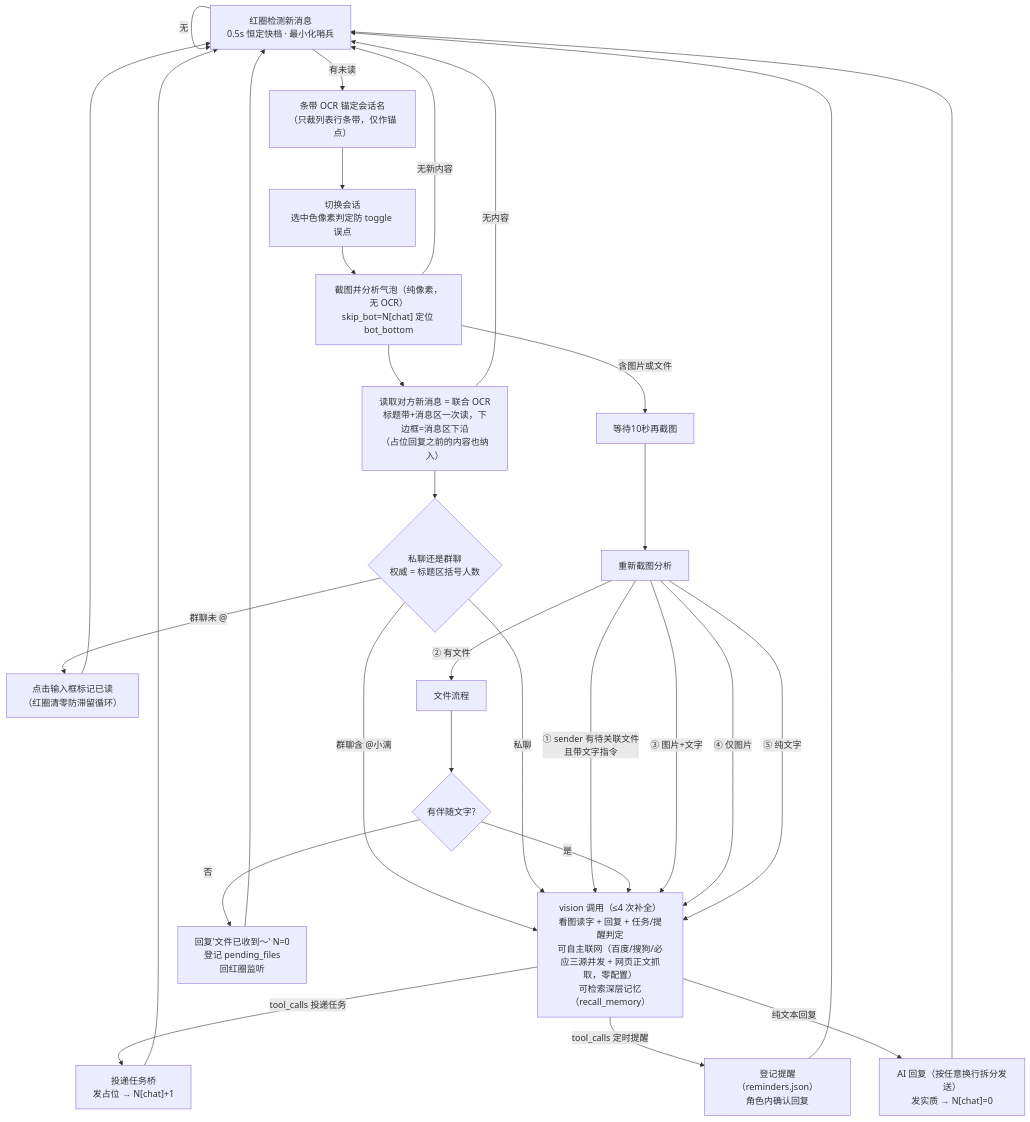
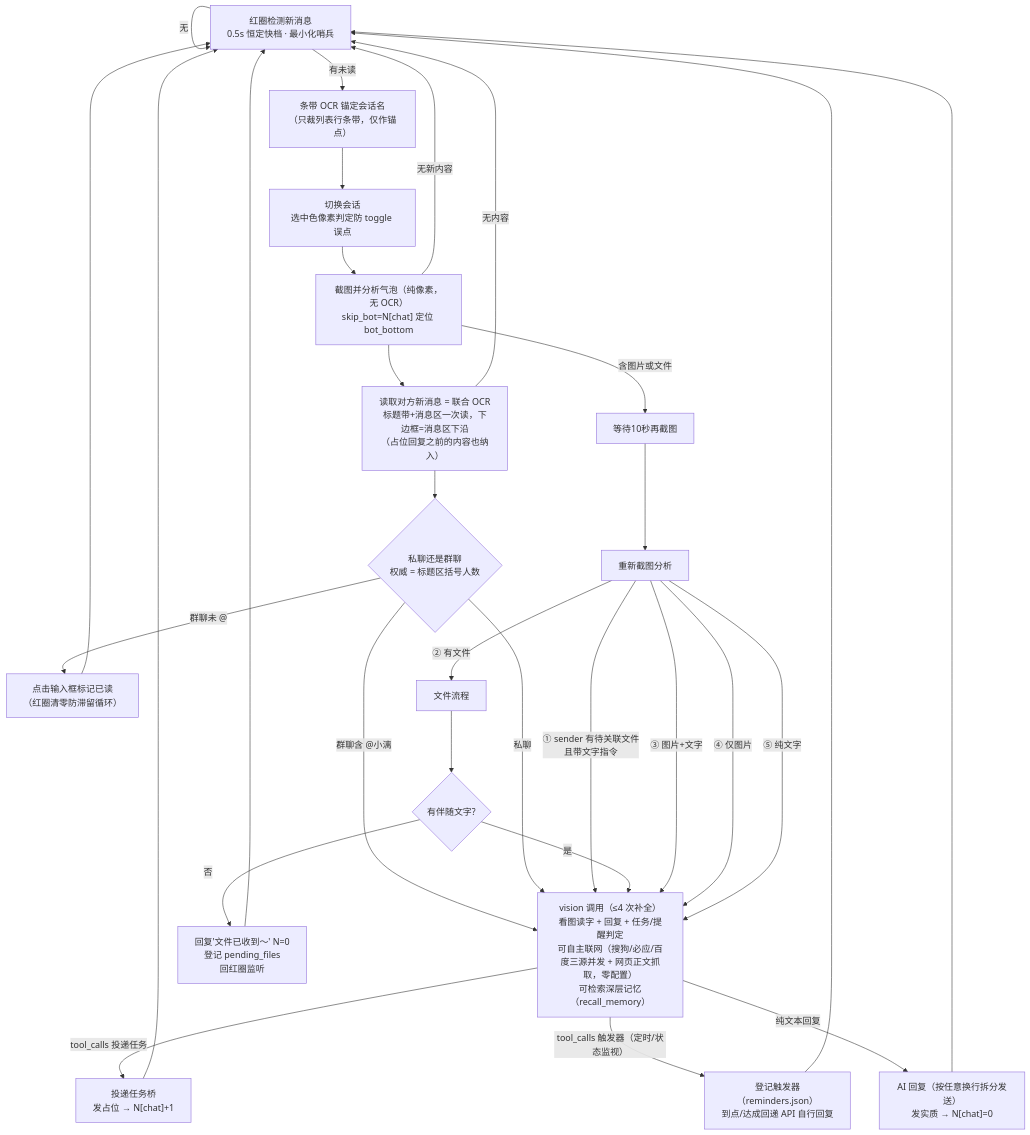
The diagram in README.md (wens6515/weixin-wechat-wxauto-ocr-xiaoli), drawn with Mermaid before and after one commit. The commit also changed other lines of this file and 1 other file, not shown here.

Commit message:
docs: 版本号升 2.6.0「状态监视」（README 标题/安装包/下载链接/功能/flowchart/技术边界 + 新增 v2.6.0 更新记录）

````diff
--- a/README.md
+++ b/README.md
@@ -53,33 +53,33 @@
 ```mermaid
 flowchart TD
     A["红圈检测新消息<br/>0.5s 恒定快档 · 最小化哨兵"] -->|无| A
     A -->|有未读| B0["条带 OCR 锚定会话名<br/>（只裁列表行条带，仅作锚点）"]
     B0 --> B["切换会话<br/>选中色像素判定防 toggle 误点"]
     B --> D["截图并分析气泡（纯像素，无 OCR）<br/>skip_bot=N[chat] 定位 bot_bottom"]
     D -->|无新内容| A
     D -->|含图片或文件| H["等待10秒再截图"]
     D --> F["读取对方新消息 = 联合 OCR<br/>标题带+消息区一次读，下边框=消息区下沿<br/>（占位回复之前的内容也纳入）"]
     F -->|无内容| A
     F --> C{"私聊还是群聊<br/>权威 = 标题区括号人数"}
     C -->|群聊含 @小漓| I
     C -->|群聊未 @| G0["点击输入框标记已读<br/>（红圈清零防滞留循环）"]
     G0 --> A
     C -->|私聊| I
     H --> L["重新截图分析"]
     L -->|① sender 有待关联文件<br/>且带文字指令| I
     L -->|② 有文件| O["文件流程"]
     O --> T2{"有伴随文字?"}
     T2 -->|是| I
     T2 -->|否| U["回复'文件已收到～' N=0<br/>登记 pending_files<br/>回红圈监听"]
     L -->|③ 图片+文字| I
     L -->|④ 仅图片| I
     L -->|⑤ 纯文字| I
-    I["vision 调用（≤4 次补全）<br/>看图读字 + 回复 + 任务/提醒判定<br/>可自主联网（百度/搜狗/必应三源并发 + 网页正文抓取，零配置）<br/>可检索深层记忆（recall_memory）"]
+    I["vision 调用（≤4 次补全）<br/>看图读字 + 回复 + 任务/提醒判定<br/>可自主联网（搜狗/必应/百度三源并发 + 网页正文抓取，零配置）<br/>可检索深层记忆（recall_memory）"]
     I -->|tool_calls 投递任务| K["投递任务桥<br/>发占位 → N[chat]+1"]
-    I -->|tool_calls 定时提醒| R2["登记提醒（reminders.json）<br/>角色内确认回复"]
+    I -->|tool_calls 触发器（定时/状态监视）| R2["登记触发器（reminders.json）<br/>到点/达成回递 API 自行回复"]
     I -->|纯文本回复| J["AI 回复（按任意换行拆分发送）<br/>发实质 → N[chat]=0"]
     U --> A
     K --> A
     R2 --> A
     J --> A
 ```
````
